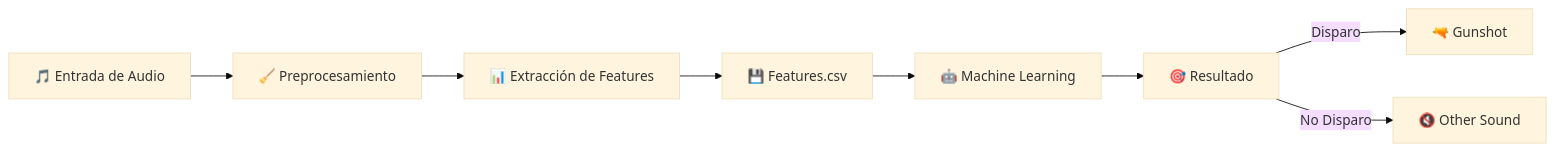
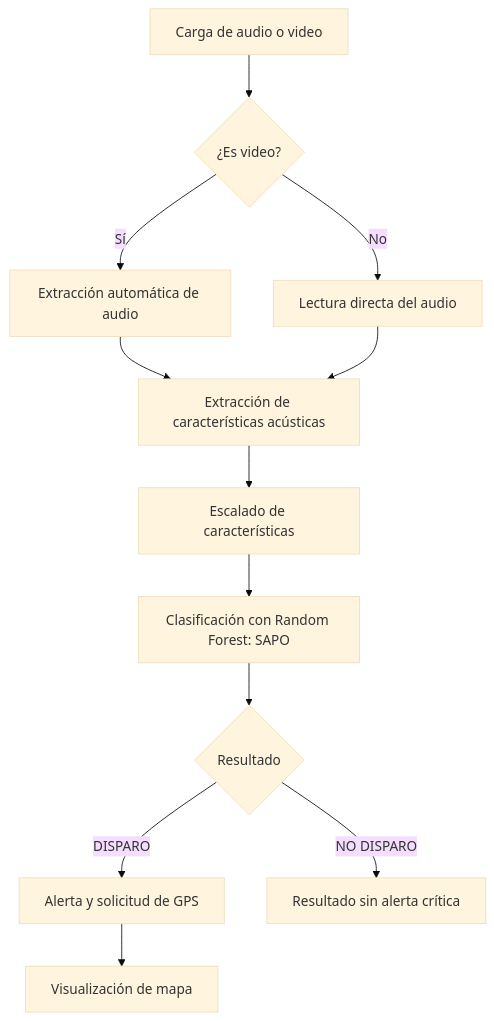
The diagram in README.md (Levanxx/SAPO-AI), drawn with Mermaid (base theme) before and after one commit. The commit also changed other lines of this file and 8 other files, not shown here.

````diff
--- a/README.md
+++ b/README.md
@@ -97,11 +66,14 @@
 ```mermaid
-flowchart LR
-    A["🎵 Entrada de Audio"] --> B["🧹 Preprocesamiento"]
-    B --> C["📊 Extracción de Features"]
-    C --> D["💾 Features.csv"]
-    D --> E["🤖 Machine Learning"]
-    E --> F["🎯 Resultado"]
-
-    F -->|Disparo| G["🔫 Gunshot"]
-    F -->|No Disparo| H["🔇 Other Sound"]
+flowchart TD
+    A["Carga de audio o video"] --> B{"¿Es video?"}
+    B -->|Sí| C["Extracción automática de audio"]
+    B -->|No| D["Lectura directa del audio"]
+    C --> E["Extracción de características acústicas"]
+    D --> E
+    E --> F["Escalado de características"]
+    F --> G["Clasificación con Random Forest: SAPO"]
+    G --> H{"Resultado"}
+    H -->|DISPARO| I["Alerta y solicitud de GPS"]
+    H -->|NO DISPARO| J["Resultado sin alerta crítica"]
+    I --> K["Visualización de mapa"]
 ```
````
